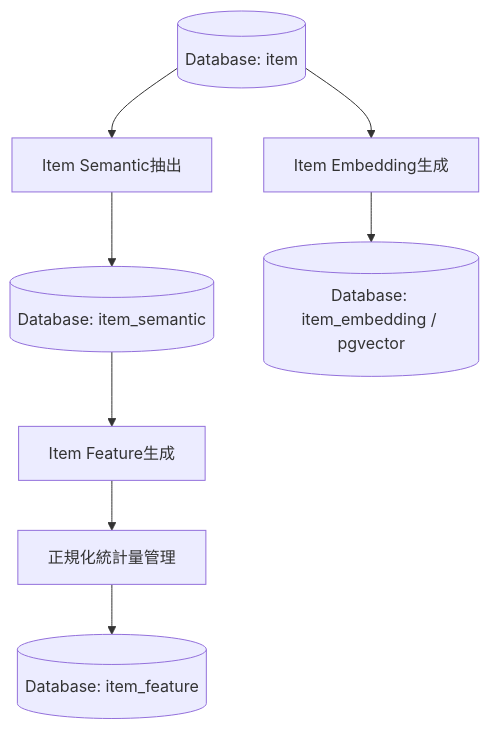
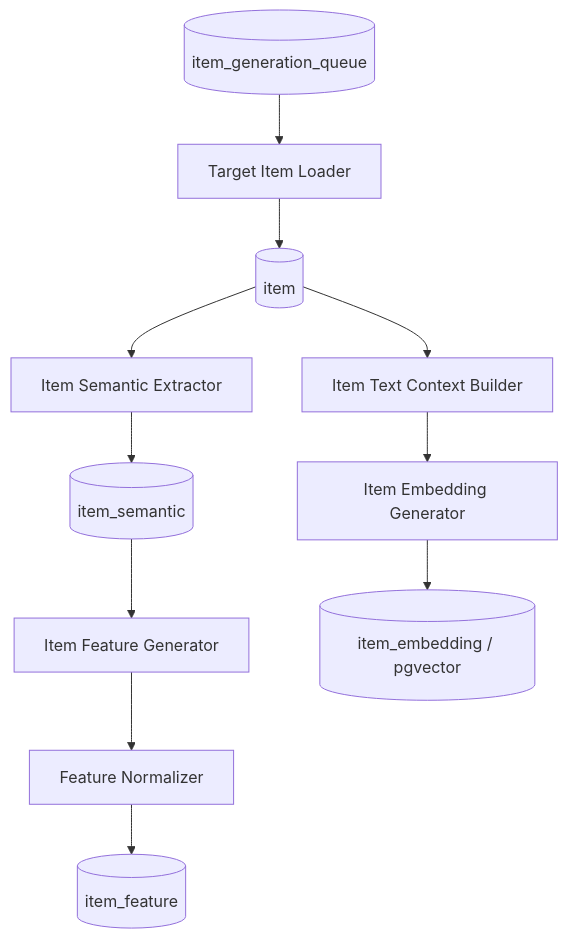
One commit to ryo-chan-k6/GiftRecommendAPP_MVP_CYCLE_3 changed the third of 3 diagrams in docs/05_アプリケーション設計/アプリ/機能一覧.md. Above: the diagram before and after it, drawn with Mermaid. The commit also changed other lines of this file, not shown here.

````diff
--- a/docs/05_アプリケーション設計/アプリ/機能一覧.md
+++ b/docs/05_アプリケーション設計/アプリ/機能一覧.md
@@ -757,10 +810,14 @@
 ```mermaid
 flowchart TD
-    A[(Database: item)] --> B[Item Semantic抽出]
-    B --> C[(Database: item_semantic)]
-    C --> D[Item Feature生成]
-    D --> E[正規化統計量管理]
-    E --> F[(Database: item_feature)]
-    A --> G[Item Embedding生成]
-    G --> H[(Database: item_embedding / pgvector)]
+    A[(item_generation_queue)] --> B[Target Item Loader]
+    B --> C[(item)]
+    C --> D[Item Semantic Extractor]
+    D --> E[(item_semantic)]
+    E --> F[Item Feature Generator]
+    F --> G[Feature Normalizer]
+    G --> H[(item_feature)]
+
+    C --> I[Item Text Context Builder]
+    I --> J[Item Embedding Generator]
+    J --> K[(item_embedding / pgvector)]
 ```
````
